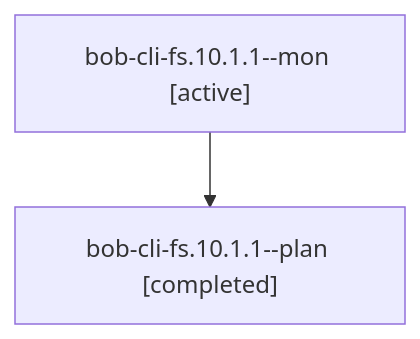
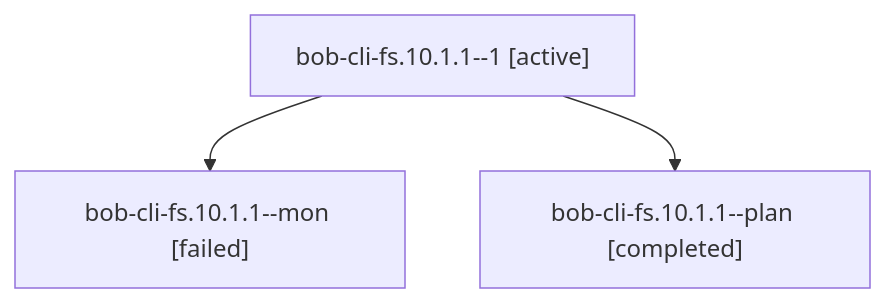
One commit to bobs-org/bob-cli--agents changed the diagram in sessions/bbugyi200.athena.bob-cli-fs.10.1.1.md. Above: the diagram before and after it, drawn with Mermaid. The commit also changed other lines of this file and 107 other files, not shown here.

````diff
--- a/sessions/bbugyi200.athena.bob-cli-fs.10.1.1.md
+++ b/sessions/bbugyi200.athena.bob-cli-fs.10.1.1.md
@@ -9,6 +9,8 @@
 ```mermaid
 flowchart TD
-  n0["bob-cli-fs.10.1.1--mon [active]"]
-  n1["bob-cli-fs.10.1.1--plan [completed]"]
+  n0["bob-cli-fs.10.1.1--1 [active]"]
+  n1["bob-cli-fs.10.1.1--mon [failed]"]
   n0 --> n1
+  n2["bob-cli-fs.10.1.1--plan [completed]"]
+  n0 --> n2
 ```
````
